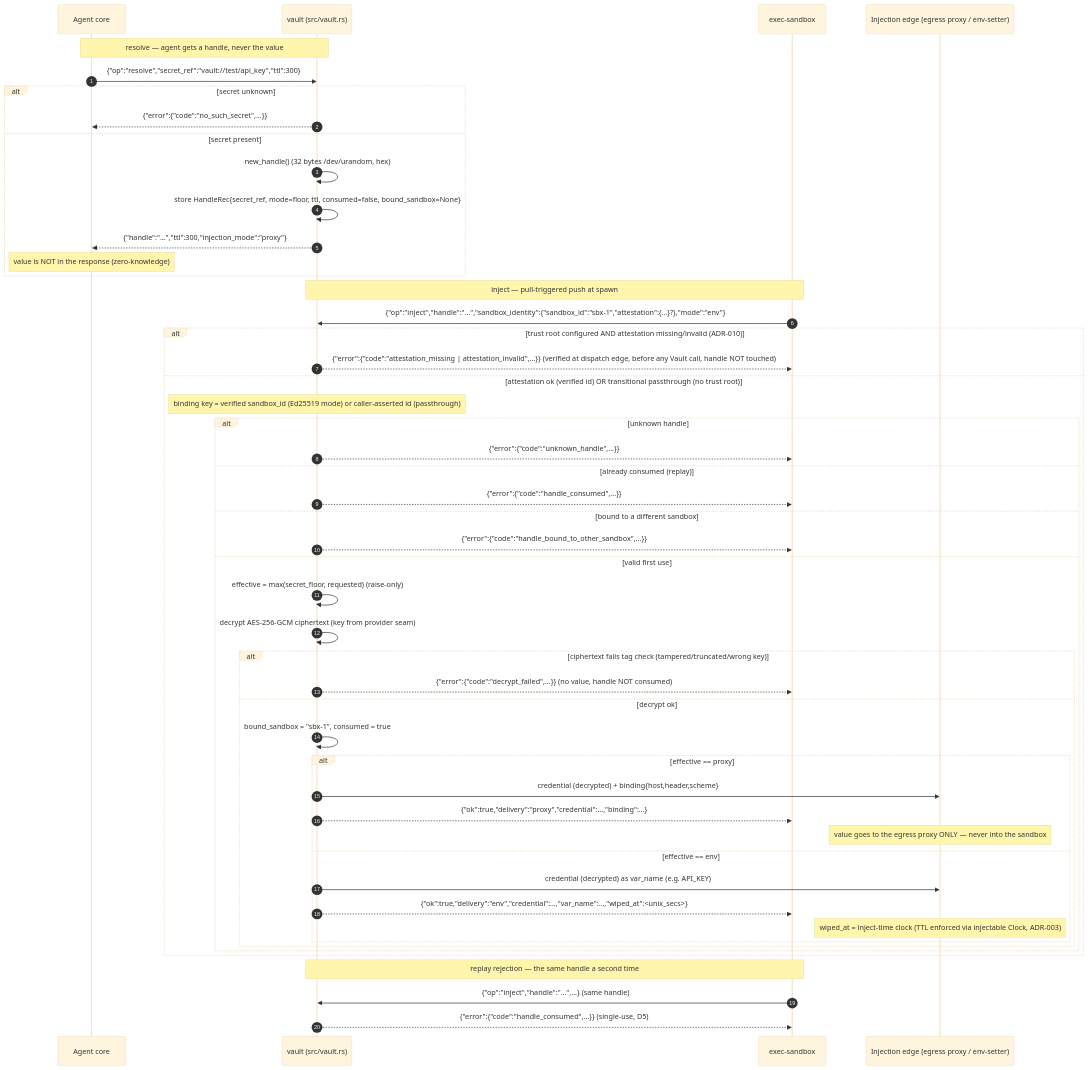
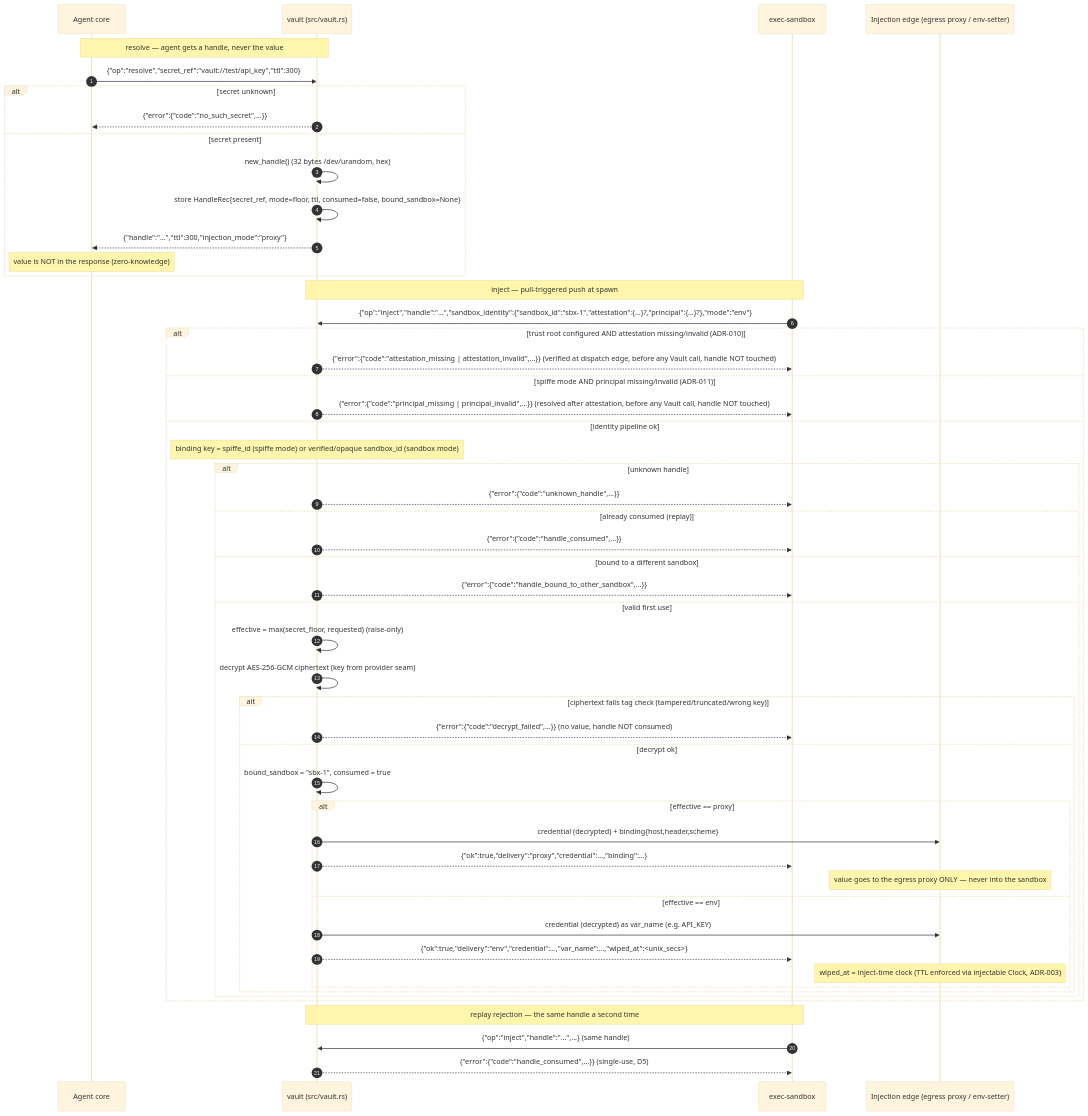
Before and after one commit to tkdtaylor/vault: the third of 3 diagrams in docs/architecture/diagrams.md, drawn with Mermaid (base theme). The commit also changed other lines of this file and 8 other files, not shown here.

Commit message:
feat: complete task 011 — SPIFFE identity binding seam (spiffe-mode principal binding, mock issuer, drop-in resolver)

````diff
--- a/docs/architecture/diagrams.md
+++ b/docs/architecture/diagrams.md
@@ -113,55 +113,57 @@
 ```mermaid
 sequenceDiagram
     autonumber
     participant Agent as Agent core
     participant Vault as vault (src/vault.rs)
     participant Sandbox as exec-sandbox
     participant Edge as Injection edge (egress proxy / env-setter)
 
     Note over Agent,Vault: resolve — agent gets a handle, never the value
     Agent->>Vault: {"op":"resolve","secret_ref":"vault://test/api_key","ttl":300}
     alt secret unknown
         Vault-->>Agent: {"error":{"code":"no_such_secret",...}}
     else secret present
         Vault->>Vault: new_handle() (32 bytes /dev/urandom, hex)
         Vault->>Vault: store HandleRec{secret_ref, mode=floor, ttl, consumed=false, bound_sandbox=None}
         Vault-->>Agent: {"handle":"…","ttl":300,"injection_mode":"proxy"}
         Note over Agent: value is NOT in the response (zero-knowledge)
     end
 
     Note over Sandbox,Vault: inject — pull-triggered push at spawn
-    Sandbox->>Vault: {"op":"inject","handle":"…","sandbox_identity":{"sandbox_id":"sbx-1","attestation":{…}?},"mode":"env"}
+    Sandbox->>Vault: {"op":"inject","handle":"…","sandbox_identity":{"sandbox_id":"sbx-1","attestation":{…}?,"principal":{…}?},"mode":"env"}
     alt trust root configured AND attestation missing/invalid (ADR-010)
         Vault-->>Sandbox: {"error":{"code":"attestation_missing | attestation_invalid",...}}  (verified at dispatch edge, before any Vault call, handle NOT touched)
-    else attestation ok (verified id) OR transitional passthrough (no trust root)
-    Note over Vault: binding key = verified sandbox_id (Ed25519 mode) or caller-asserted id (passthrough)
+    else spiffe mode AND principal missing/invalid (ADR-011)
+        Vault-->>Sandbox: {"error":{"code":"principal_missing | principal_invalid",...}}  (resolved after attestation, before any Vault call, handle NOT touched)
+    else identity pipeline ok
+    Note over Vault: binding key = spiffe_id (spiffe mode) or verified/opaque sandbox_id (sandbox mode)
     alt unknown handle
         Vault-->>Sandbox: {"error":{"code":"unknown_handle",...}}
     else already consumed (replay)
         Vault-->>Sandbox: {"error":{"code":"handle_consumed",...}}
     else bound to a different sandbox
         Vault-->>Sandbox: {"error":{"code":"handle_bound_to_other_sandbox",...}}
     else valid first use
         Vault->>Vault: effective = max(secret_floor, requested)  (raise-only)
         Vault->>Vault: decrypt AES-256-GCM ciphertext (key from provider seam)
         alt ciphertext fails tag check (tampered/truncated/wrong key)
             Vault-->>Sandbox: {"error":{"code":"decrypt_failed",...}}  (no value, handle NOT consumed)
         else decrypt ok
             Vault->>Vault: bound_sandbox = "sbx-1", consumed = true
             alt effective == proxy
                 Vault->>Edge: credential (decrypted) + binding{host,header,scheme}
                 Vault-->>Sandbox: {"ok":true,"delivery":"proxy","credential":…,"binding":…}
                 Note over Edge: value goes to the egress proxy ONLY — never into the sandbox
             else effective == env
                 Vault->>Edge: credential (decrypted) as var_name (e.g. API_KEY)
                 Vault-->>Sandbox: {"ok":true,"delivery":"env","credential":…,"var_name":…,"wiped_at":<unix_secs>}
                 Note over Edge: wiped_at = inject-time clock (TTL enforced via injectable Clock, ADR-003)
             end
         end
     end
     end
 
     Note over Sandbox,Vault: replay rejection — the same handle a second time
     Sandbox->>Vault: {"op":"inject","handle":"…",...}  (same handle)
     Vault-->>Sandbox: {"error":{"code":"handle_consumed",...}}  (single-use, D5)
 ```
````
